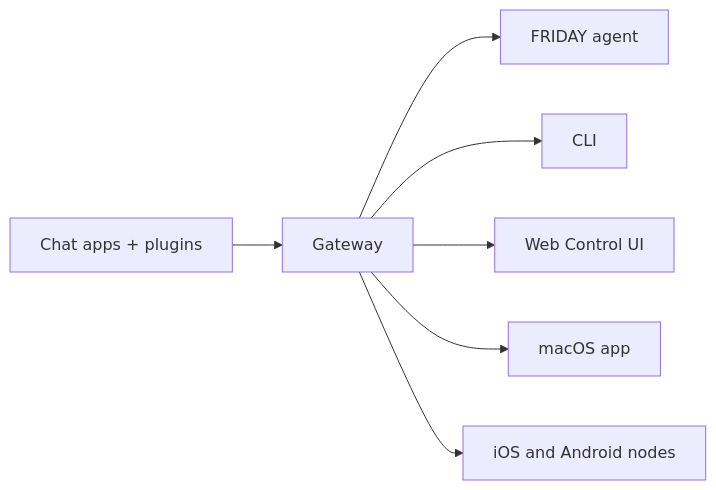
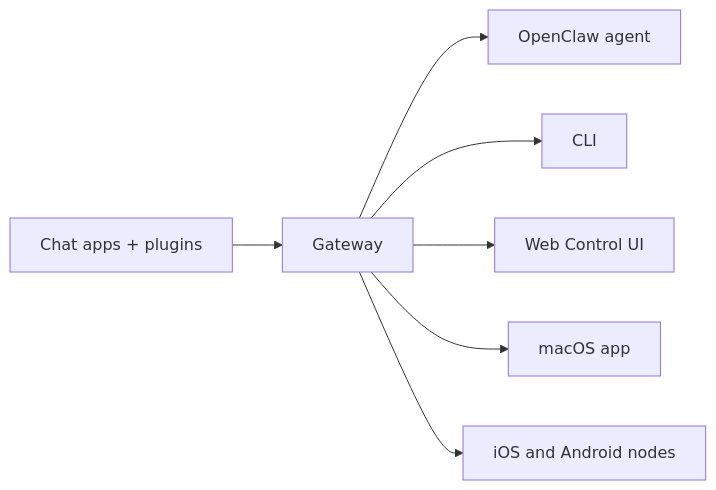
Before and after one commit to benardprince-m/F.R.I.D.A.Y_bot: the diagram in docs/index.md, drawn with Mermaid. The commit also changed other lines of this file and 6432 other files, not shown here.

First line of the commit message:
Revert "🤖 OpenHands/rebrand: standalone brand word OpenClaw -> FRIDAY across code, tests, docs"

````diff
--- a/docs/index.md
+++ b/docs/index.md
@@ -111,9 +111,9 @@
 ```mermaid
 flowchart LR
   A["Chat apps + plugins"] --> B["Gateway"]
-  B --> C["FRIDAY agent"]
+  B --> C["OpenClaw agent"]
   B --> D["CLI"]
   B --> E["Web Control UI"]
   B --> F["macOS app"]
   B --> G["iOS and Android nodes"]
 ```
````
